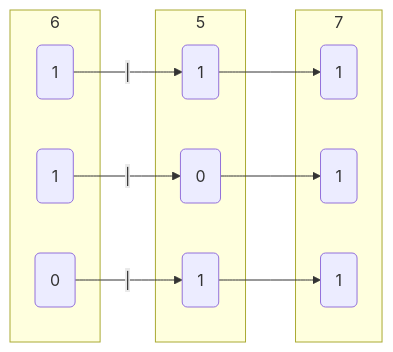
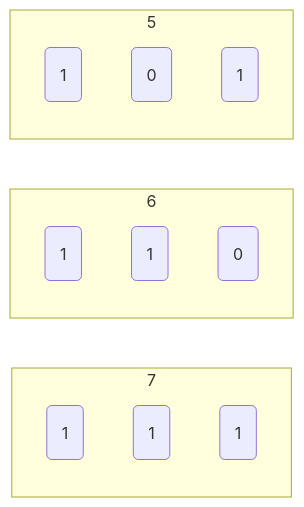
Before and after one commit to dmjcb/SelfBlog: the fourth of 5 diagrams in Language/C&C++/Memory/2021-11-14-位运算.md, drawn with Mermaid. The commit also changed other lines of this file and 224 other files, not shown here.

````diff
--- a/Language/C&C++/Memory/2021-11-14-位运算.md
+++ b/Language/C&C++/Memory/2021-11-14-位运算.md
@@ -161,24 +158,21 @@
 ```mermaid
 graph LR;
     subgraph 7
         c0(1)
         c1(1)
         c2(1)
     end
 
     subgraph 5
         a0(1)
         a1(0)
         a2(1)
     end
 
     subgraph 6
         b0(1)
         b1(1)
         b2(0)
     end
 
-    b0--|-->a0-->c0
-    b1--|-->a1-->c1
-    b2--|-->a2-->c2
 ```
````
